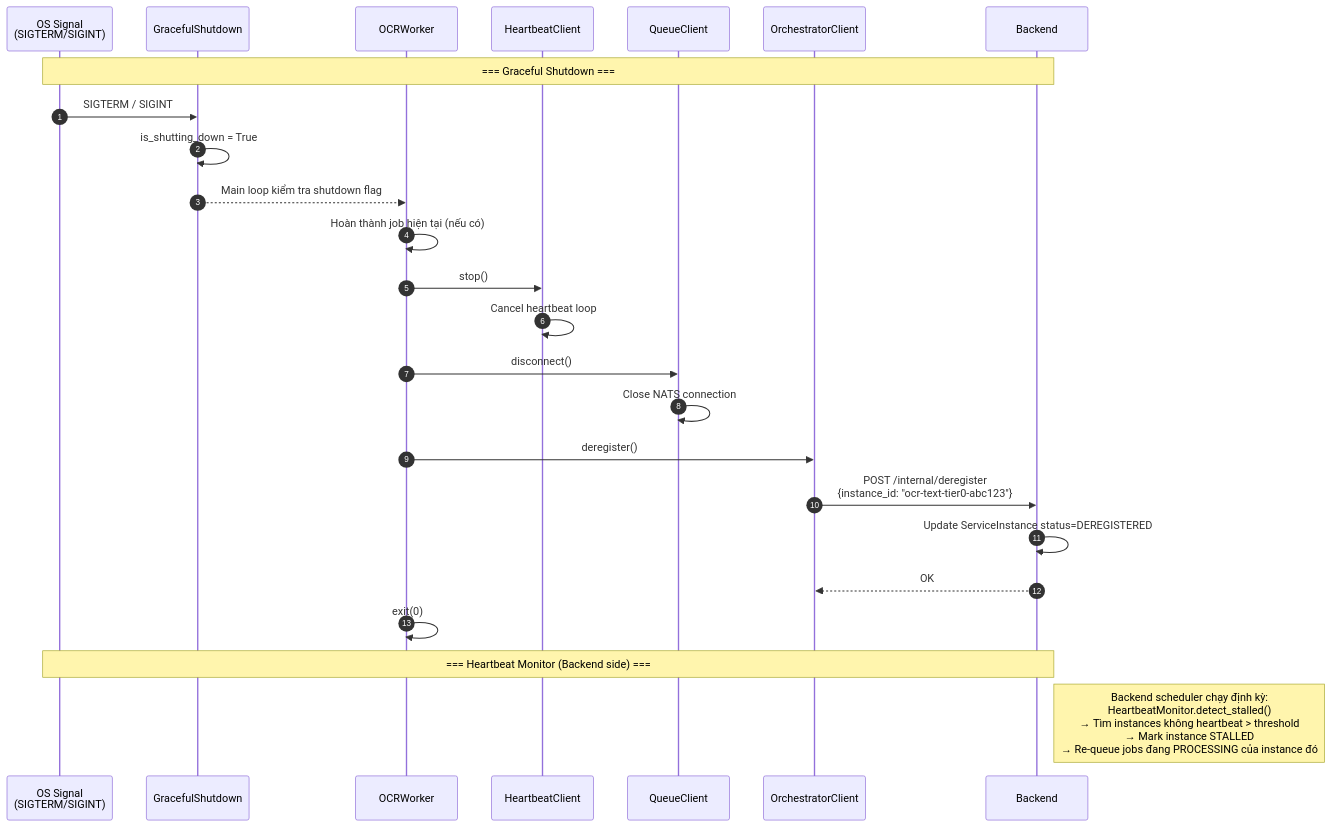
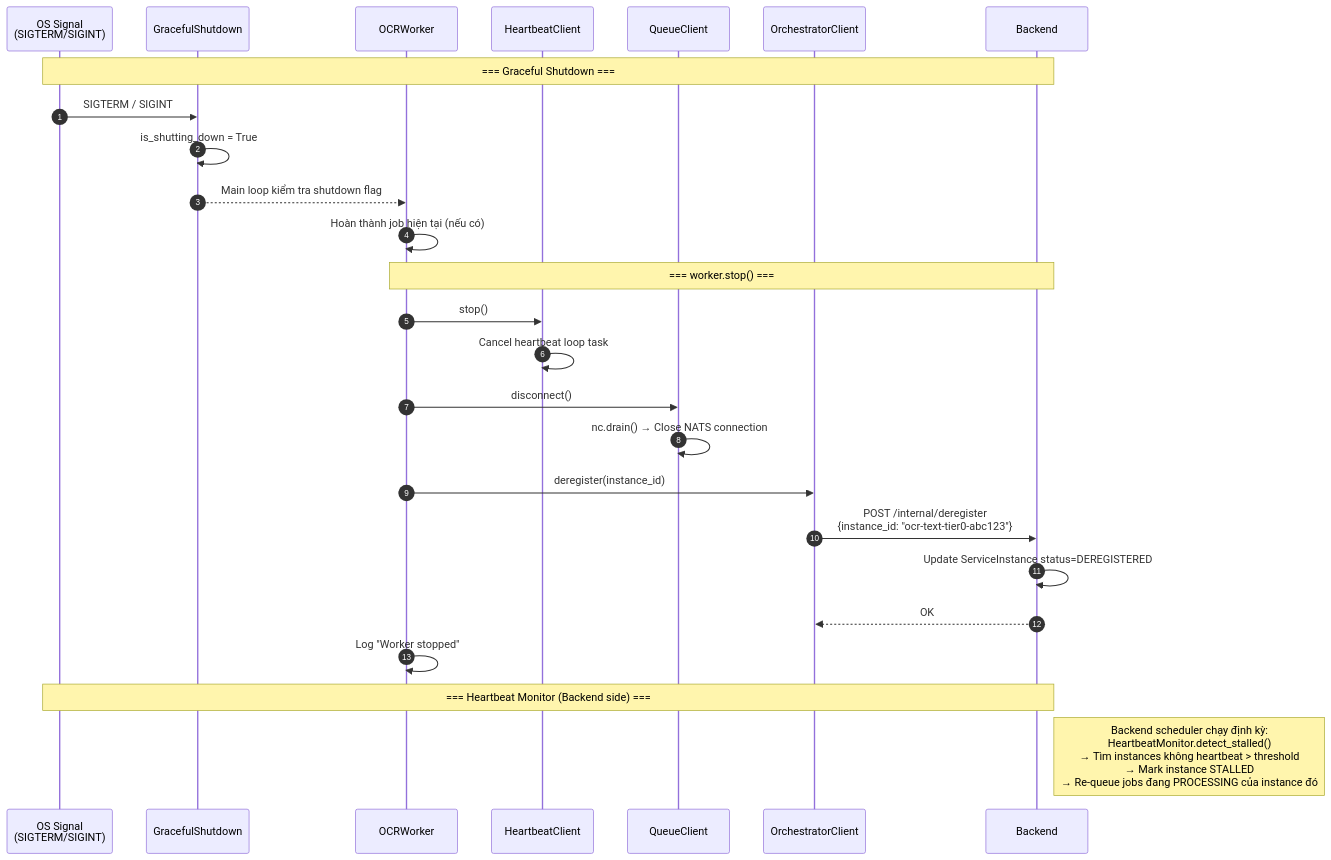
One commit to decavow/OCR changed the seventh of 7 diagrams in 04_docs/03-SA/worker/FULL_FLOW_SEQUENCE_DIAGRAM.md. Above: the diagram before and after it, drawn with Mermaid. The commit also changed other lines of this file and 55 other files, not shown here.

````diff
--- a/04_docs/03-SA/worker/FULL_FLOW_SEQUENCE_DIAGRAM.md
+++ b/04_docs/03-SA/worker/FULL_FLOW_SEQUENCE_DIAGRAM.md
@@ -522,36 +555,39 @@
 ```mermaid
 %%{init: {'theme': 'default'}}%%
 sequenceDiagram
     autonumber
     participant Signal as OS Signal<br/>(SIGTERM/SIGINT)
     participant Shutdown as GracefulShutdown
     participant Worker as OCRWorker
     participant HB as HeartbeatClient
     participant Queue as QueueClient
     participant Orch as OrchestratorClient
     participant BE as Backend
 
     Note over Signal,BE: === Graceful Shutdown ===
 
     Signal->>Shutdown: SIGTERM / SIGINT
     Shutdown->>Shutdown: is_shutting_down = True
     Shutdown-->>Worker: Main loop kiểm tra shutdown flag
 
     Worker->>Worker: Hoàn thành job hiện tại (nếu có)
+
+    Note over Worker,BE: === worker.stop() ===
+
     Worker->>HB: stop()
-    HB->>HB: Cancel heartbeat loop
+    HB->>HB: Cancel heartbeat loop task
 
     Worker->>Queue: disconnect()
-    Queue->>Queue: Close NATS connection
+    Queue->>Queue: nc.drain() → Close NATS connection
 
-    Worker->>Orch: deregister()
+    Worker->>Orch: deregister(instance_id)
     Orch->>BE: POST /internal/deregister<br/>{instance_id: "ocr-text-tier0-abc123"}
     BE->>BE: Update ServiceInstance status=DEREGISTERED
     BE-->>Orch: OK
 
-    Worker->>Worker: exit(0)
+    Worker->>Worker: Log "Worker stopped"
 
     Note over Signal,BE: === Heartbeat Monitor (Backend side) ===
 
     Note right of BE: Backend scheduler chạy định kỳ:<br/>HeartbeatMonitor.detect_stalled()<br/>→ Tìm instances không heartbeat > threshold<br/>→ Mark instance STALLED<br/>→ Re-queue jobs đang PROCESSING của instance đó
 ```
````
